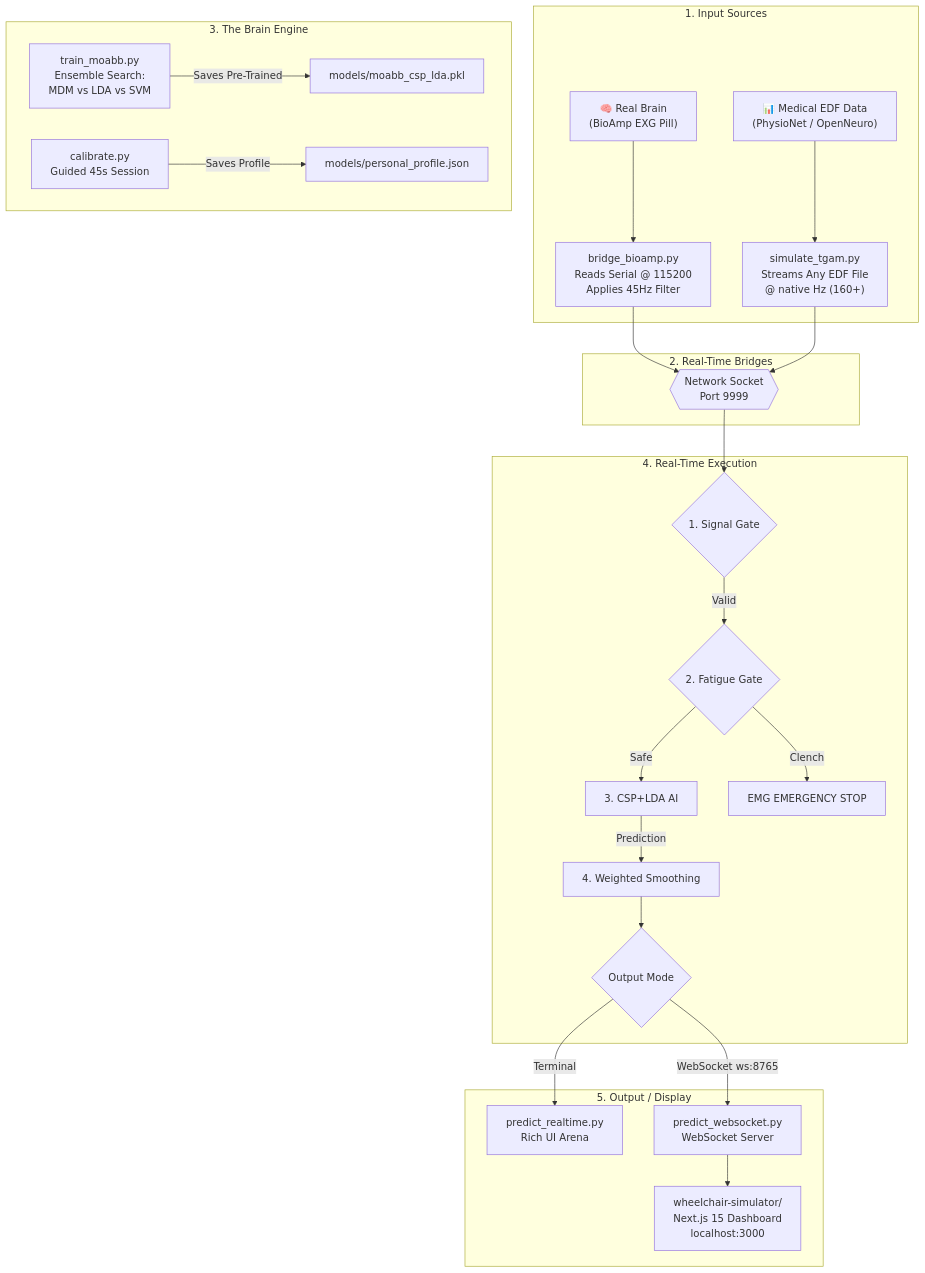
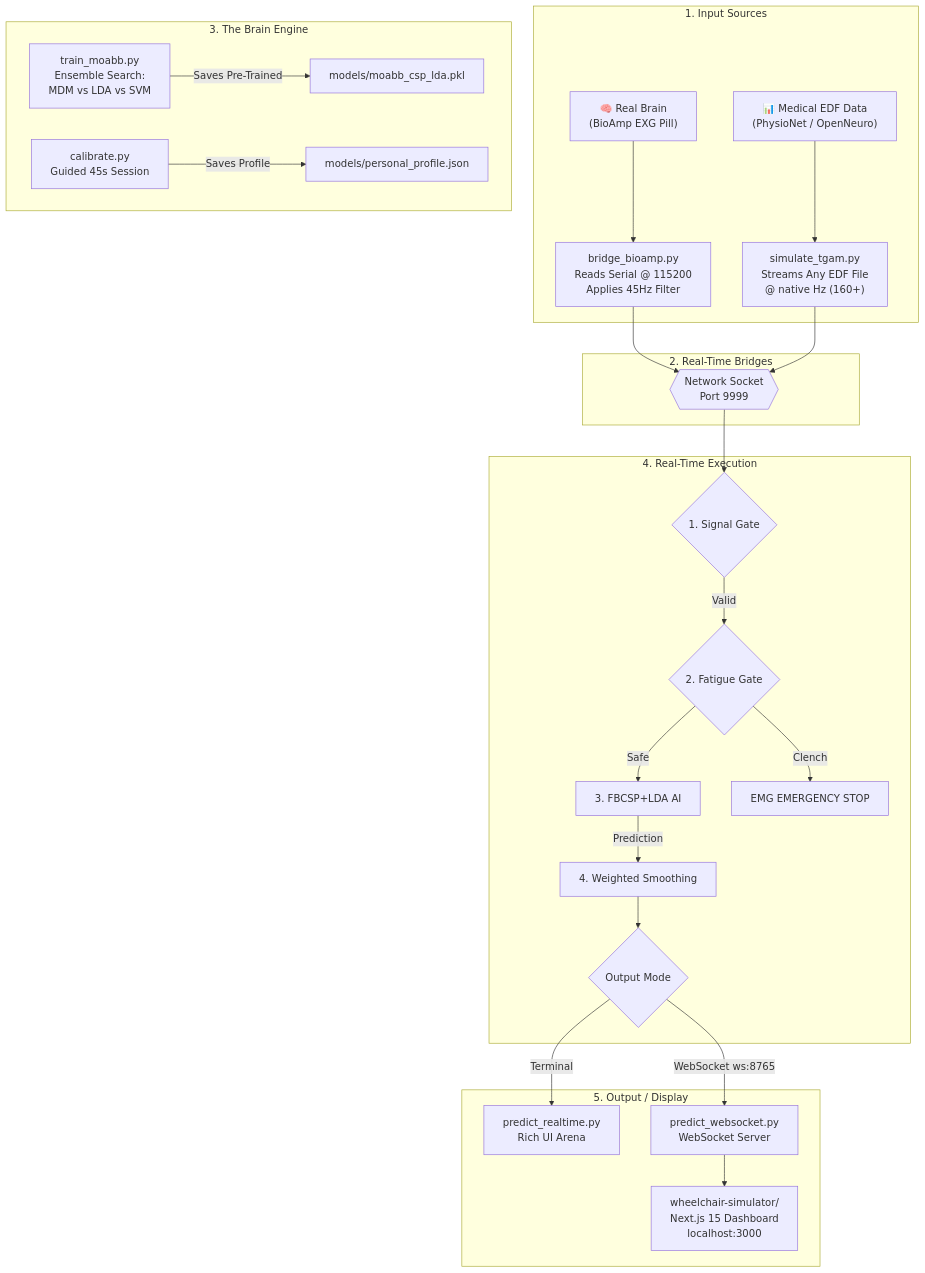
One commit to NAVEENKCG/Mind_Wave_AImodel changed the first of 7 diagrams in ARCHITECTURE.md. Above: the diagram before and after it, drawn with Mermaid. The commit also changed other lines of this file and 2 other files, not shown here.

Commit message:
docs: update cross-validation accuracy to 83.71% and pipeline to FBCSP+LDA

````diff
--- a/ARCHITECTURE.md
+++ b/ARCHITECTURE.md
@@ -9,42 +9,42 @@
 ```mermaid
 flowchart TD
     %% Input Layer
     subgraph INPUT["1. Input Sources"]
         A1["🧠 Real Brain<br/>(BioAmp EXG Pill)"] --> B1
         A2["📊 Medical EDF Data<br/>(PhysioNet / OpenNeuro)"] --> B2
     end
 
     %% Signal Processing Layer
     subgraph BRIDGES["2. Real-Time Bridges"]
         B1["bridge_bioamp.py<br/>Reads Serial @ 115200<br/>Applies 45Hz Filter"]
         B2["simulate_tgam.py<br/>Streams Any EDF File<br/>@ native Hz (160+)"]
         B1 --> SOCKET
         B2 --> SOCKET
         SOCKET{{"Network Socket<br/>Port 9999"}}
     end
 
     %% AI Learning Layer
     subgraph AI["3. The Brain Engine"]
         T["train_moabb.py<br/>Ensemble Search:<br/>MDM vs LDA vs SVM"]
         T -->|Saves Pre-Trained| M1["models/moabb_csp_lda.pkl"]
         CAL["calibrate.py<br/>Guided 45s Session"]
         CAL -->|Saves Profile| P1["models/personal_profile.json"]
     end
 
     %% Execution Layer
     subgraph LIVE["4. Real-Time Execution"]
         SOCKET --> GATE{1. Signal Gate}
         GATE --Valid--> FATIGUE{2. Fatigue Gate}
-        FATIGUE --Safe--> BRAIN[3. CSP+LDA AI]
+        FATIGUE --Safe--> BRAIN[3. FBCSP+LDA AI]
         FATIGUE --Clench--> STOP[EMG EMERGENCY STOP]
         BRAIN -->|Prediction| VOTE[4. Weighted Smoothing]
         VOTE --> SPLIT{Output Mode}
     end
 
     %% Output Layer
     subgraph OUTPUT["5. Output / Display"]
         SPLIT -->|Terminal| TERM["predict_realtime.py<br/>Rich UI Arena"]
         SPLIT -->|WebSocket ws:8765| WS["predict_websocket.py<br/>WebSocket Server"]
         WS --> DASH["wheelchair-simulator/<br/>Next.js 15 Dashboard<br/>localhost:3000"]
     end
 ```
````
